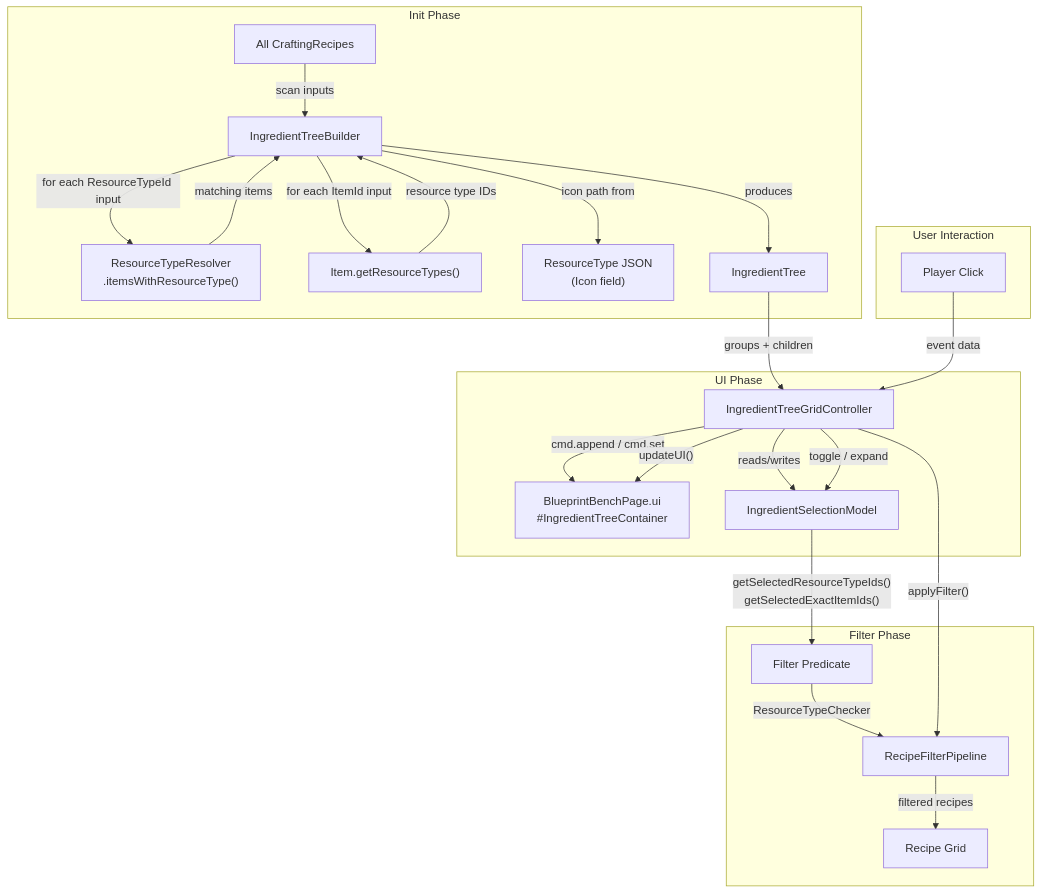
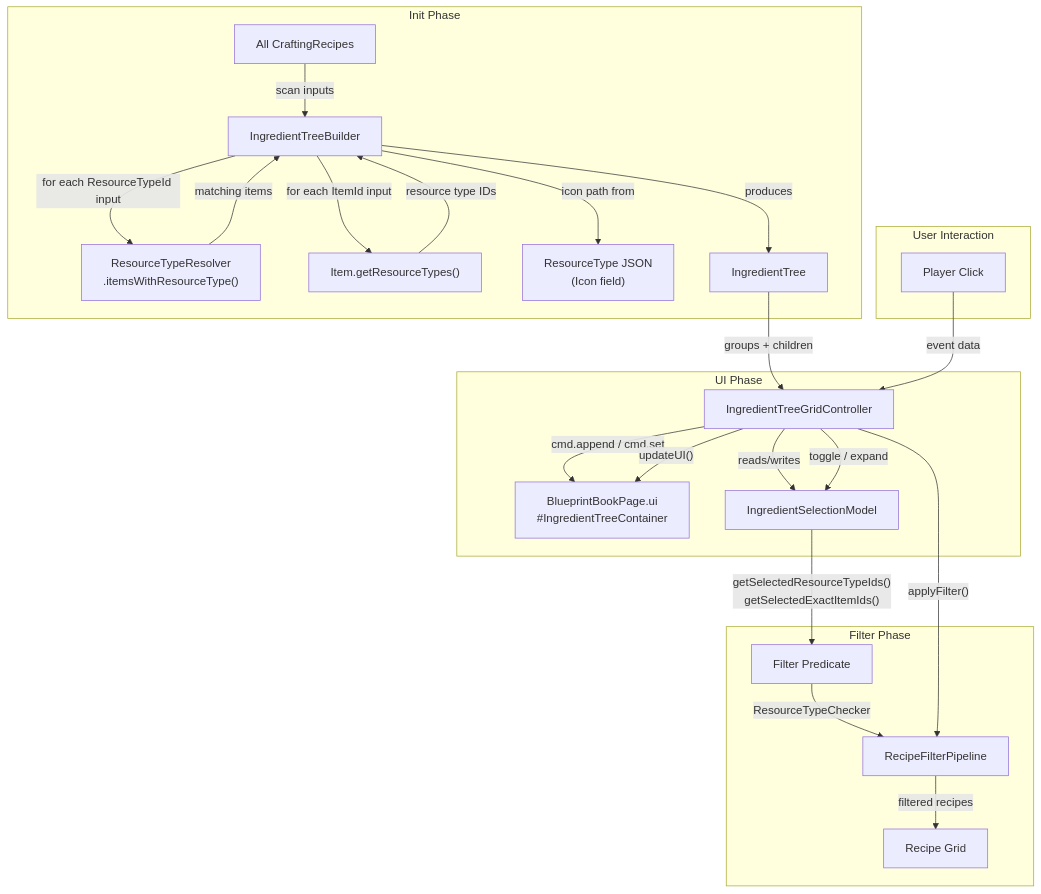
Before and after one commit to TheCodeCreature/Hytale-Example-Plugin: the second of 4 diagrams in docs/design-ingredient-tree-grid.md, drawn with Mermaid. The commit also changed other lines of this file and 120 other files, not shown here.

First line of the commit message:
Refactor Blueprint Bench to Blueprint Book

````diff
--- a/docs/design-ingredient-tree-grid.md
+++ b/docs/design-ingredient-tree-grid.md
@@ -140,31 +140,31 @@
 ```mermaid
 graph TB
     subgraph "Init Phase"
         RECIPES["All CraftingRecipes"] -->|"scan inputs"| BUILDER["IngredientTreeBuilder"]
         BUILDER -->|"for each ResourceTypeId input"| RESOLVER["ResourceTypeResolver\n.itemsWithResourceType()"]
         BUILDER -->|"for each ItemId input"| ITEM_LOOKUP["Item.getResourceTypes()"]
         RESOLVER -->|"matching items"| BUILDER
         ITEM_LOOKUP -->|"resource type IDs"| BUILDER
         BUILDER -->|"icon path from"| RT_DEFS["ResourceType JSON\n(Icon field)"]
         BUILDER -->|"produces"| TREE["IngredientTree"]
     end
 
     subgraph "UI Phase"
         TREE -->|"groups + children"| CONTROLLER["IngredientTreeGridController"]
-        CONTROLLER -->|"cmd.append / cmd.set"| UI["BlueprintBenchPage.ui\n#IngredientTreeContainer"]
+        CONTROLLER -->|"cmd.append / cmd.set"| UI["BlueprintBookPage.ui\n#IngredientTreeContainer"]
         CONTROLLER -->|"reads/writes"| SELECTION["IngredientSelectionModel"]
     end
 
     subgraph "Filter Phase"
         SELECTION -->|"getSelectedResourceTypeIds()\ngetSelectedExactItemIds()"| PREDICATE["Filter Predicate"]
         PREDICATE -->|"ResourceTypeChecker"| PIPELINE["RecipeFilterPipeline"]
         PIPELINE -->|"filtered recipes"| GRID["Recipe Grid"]
     end
 
     subgraph "User Interaction"
         CLICK["Player Click"] -->|"event data"| CONTROLLER
         CONTROLLER -->|"toggle / expand"| SELECTION
         CONTROLLER -->|"updateUI()"| UI
         CONTROLLER -->|"applyFilter()"| PIPELINE
     end
 ```
````
